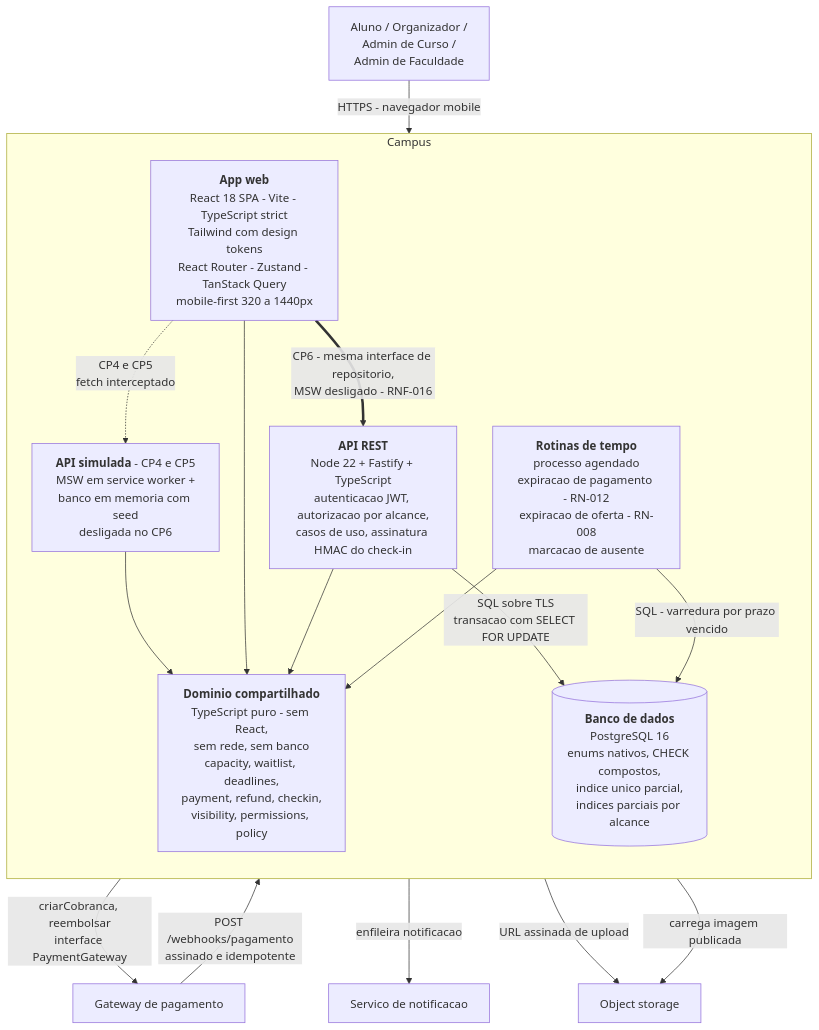
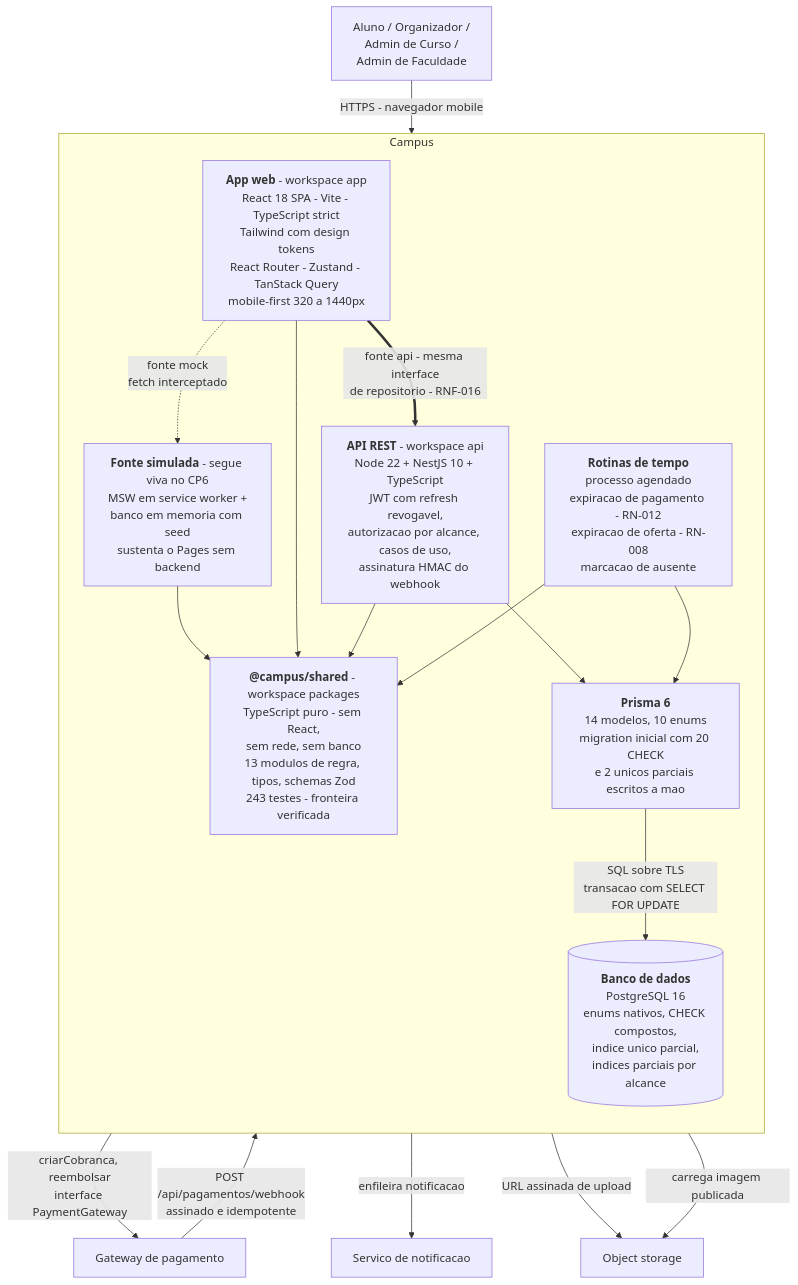
Before and after one commit to lukiin-z/campus: the second of 3 diagrams in docs/08-arquitetura.md, drawn with Mermaid. The commit also changed other lines of this file and 44 other files, not shown here.

````diff
--- a/docs/08-arquitetura.md
+++ b/docs/08-arquitetura.md
@@ -126,43 +134,46 @@
 ```mermaid
 flowchart TB
     AL["Aluno / Organizador /<br/>Admin de Curso /<br/>Admin de Faculdade"]
 
     subgraph CAMPUS["Campus"]
         direction TB
 
-        SPA["<b>App web</b><br/>React 18 SPA - Vite - TypeScript strict<br/>Tailwind com design tokens<br/>React Router - Zustand - TanStack Query<br/>mobile-first 320 a 1440px"]
+        SPA["<b>App web</b> - workspace app<br/>React 18 SPA - Vite - TypeScript strict<br/>Tailwind com design tokens<br/>React Router - Zustand - TanStack Query<br/>mobile-first 320 a 1440px"]
 
-        MSWC["<b>API simulada</b> - CP4 e CP5<br/>MSW em service worker +<br/>banco em memoria com seed<br/>desligada no CP6"]
+        MSWC["<b>Fonte simulada</b> - segue viva no CP6<br/>MSW em service worker +<br/>banco em memoria com seed<br/>sustenta o Pages sem backend"]
 
-        API["<b>API REST</b><br/>Node 22 + Fastify + TypeScript<br/>autenticacao JWT, autorizacao por alcance,<br/>casos de uso, assinatura HMAC do check-in"]
+        API["<b>API REST</b> - workspace api<br/>Node 22 + NestJS 10 + TypeScript<br/>JWT com refresh revogavel,<br/>autorizacao por alcance, casos de uso,<br/>assinatura HMAC do webhook"]
+
+        ORM["<b>Prisma 6</b><br/>14 modelos, 10 enums<br/>migration inicial com 20 CHECK<br/>e 2 unicos parciais escritos a mao"]
 
         JOBS["<b>Rotinas de tempo</b><br/>processo agendado<br/>expiracao de pagamento - RN-012<br/>expiracao de oferta - RN-008<br/>marcacao de ausente"]
 
         DB[("<b>Banco de dados</b><br/>PostgreSQL 16<br/>enums nativos, CHECK compostos,<br/>indice unico parcial,<br/>indices parciais por alcance")]
 
-        DOM["<b>Dominio compartilhado</b><br/>TypeScript puro - sem React,<br/>sem rede, sem banco<br/>capacity, waitlist, deadlines,<br/>payment, refund, checkin,<br/>visibility, permissions, policy"]
+        DOM["<b>@campus/shared</b> - workspace packages<br/>TypeScript puro - sem React,<br/>sem rede, sem banco<br/>13 modulos de regra, tipos, schemas Zod<br/>243 testes - fronteira verificada"]
     end
 
     GW["Gateway de pagamento"]
     NT["Servico de notificacao"]
     OS["Object storage"]
 
     AL -->|"HTTPS - navegador mobile"| SPA
 
-    SPA -.->|"CP4 e CP5<br/>fetch interceptado"| MSWC
-    SPA ==>|"CP6 - mesma interface de repositorio,<br/>MSW desligado - RNF-016"| API
+    SPA -.->|"fonte mock<br/>fetch interceptado"| MSWC
+    SPA ==>|"fonte api - mesma interface<br/>de repositorio - RNF-016"| API
 
     MSWC --> DOM
     SPA --> DOM
     API --> DOM
     JOBS --> DOM
 
-    API -->|"SQL sobre TLS<br/>transacao com SELECT FOR UPDATE"| DB
-    JOBS -->|"SQL - varredura por prazo vencido"| DB
+    API --> ORM
+    JOBS --> ORM
+    ORM -->|"SQL sobre TLS<br/>transacao com SELECT FOR UPDATE"| DB
 
     API -->|"criarCobranca, reembolsar<br/>interface PaymentGateway"| GW
-    GW -->|"POST /webhooks/pagamento<br/>assinado e idempotente"| API
+    GW -->|"POST /api/pagamentos/webhook<br/>assinado e idempotente"| API
     API -->|"enfileira notificacao"| NT
     API -->|"URL assinada de upload"| OS
     SPA -->|"carrega imagem publicada"| OS
 ```
````
